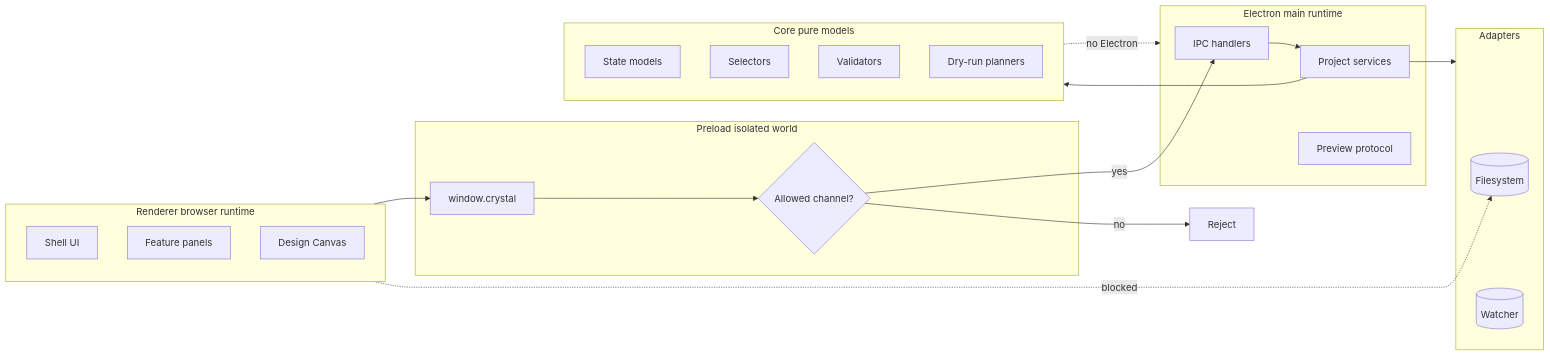
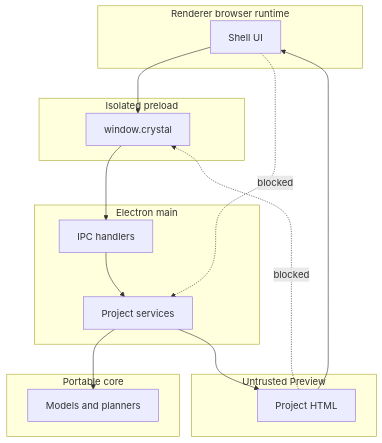
Before and after one commit to krestosa/Crystal: the diagram in docs/architecture/runtime-boundaries.md, drawn with Mermaid. The commit also changed other lines of this file and 60 other files, not shown here.

````diff
--- a/docs/architecture/runtime-boundaries.md
+++ b/docs/architecture/runtime-boundaries.md
@@ -69,39 +46,24 @@
 ```mermaid
-flowchart LR
+flowchart TD
   subgraph Renderer[Renderer browser runtime]
     Shell[Shell UI]
-    Panels[Feature panels]
-    Canvas[Design Canvas]
   end
-
-  subgraph Preload[Preload isolated world]
+  subgraph Preload[Isolated preload]
     API[window.crystal]
-    Guard{Allowed channel?}
   end
-
-  subgraph Main[Electron main runtime]
+  subgraph Main[Electron main]
     IPC[IPC handlers]
     Services[Project services]
-    Protocol[Preview protocol]
   end
-
-  subgraph Core[Core pure models]
-    Models[State models]
-    Selectors[Selectors]
-    Validators[Validators]
-    Planners[Dry-run planners]
+  subgraph Core[Portable core]
+    Logic[Models and planners]
   end
-
-  subgraph Effects[Adapters]
-    FS[(Filesystem)]
-    Watcher[(Watcher)]
+  subgraph Preview[Untrusted Preview]
+    Page[Project HTML]
   end
-
-  Renderer --> API --> Guard
-  Guard -->|yes| IPC
-  Guard -->|no| Reject[Reject]
-  IPC --> Services --> Core
-  Services --> Effects
-  Renderer -. blocked .-> FS
-  Core -. no Electron .-> Main
+  Shell --> API --> IPC --> Services --> Logic
+  Services --> Page
+  Page --> Shell
+  Shell -. blocked .-> Services
+  Page -. blocked .-> API
 ```
````
